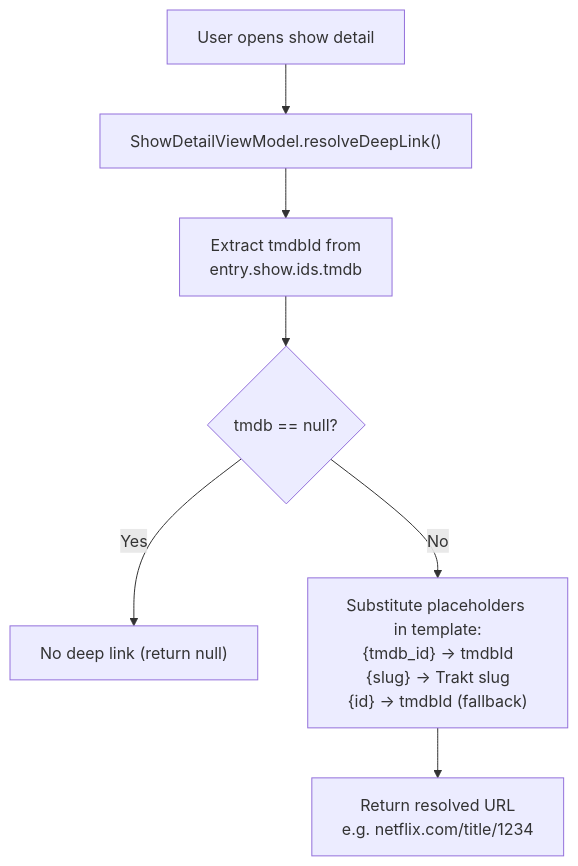
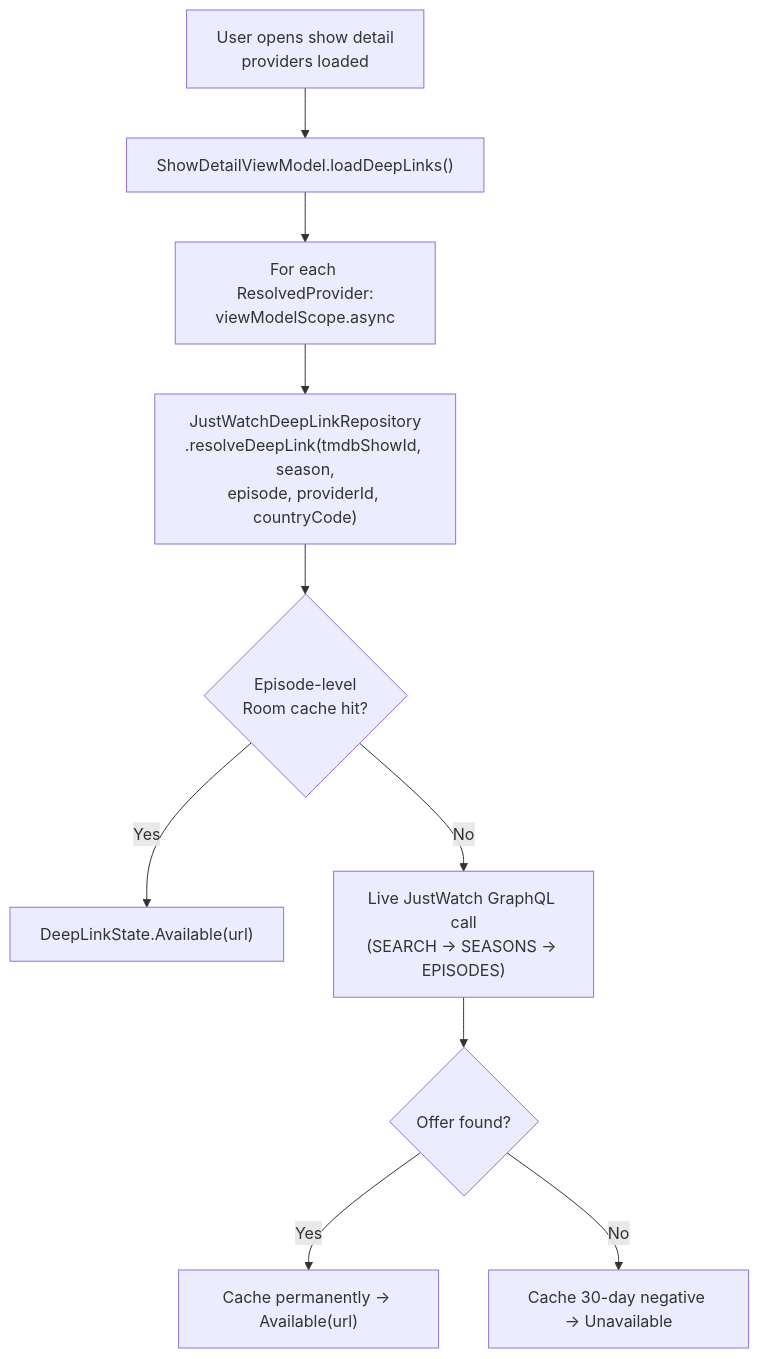
One commit to justb81/watchbuddy changed the second of 6 diagrams in docs/tmdb-integration.md. Above: the diagram before and after it, drawn with Mermaid. The commit also changed other lines of this file and 3 other files, not shown here.

First line of the commit message:
docs: correct documentation discrepancies found in architecture review

````diff
--- a/docs/tmdb-integration.md
+++ b/docs/tmdb-integration.md
@@ -171,9 +173,12 @@
 ```mermaid
 flowchart TD
-    A["User opens show detail"] --> B["ShowDetailViewModel.resolveDeepLink()"]
-    B --> C["Extract tmdbId from\nentry.show.ids.tmdb"]
-    C --> D{"tmdb == null?"}
-    D -->|Yes| E["No deep link (return null)"]
-    D -->|No| F["Substitute placeholders in template:\n{tmdb_id} → tmdbId\n{slug} → Trakt slug\n{id} → tmdbId (fallback)"]
-    F --> G["Return resolved URL\ne.g. netflix.com/title/1234"]
+    A["User opens show detail\nproviders loaded"] --> B["ShowDetailViewModel.loadDeepLinks()"]
+    B --> C["For each ResolvedProvider:\nviewModelScope.async"]
+    C --> D["JustWatchDeepLinkRepository\n.resolveDeepLink(tmdbShowId, season,\nepisode, providerId, countryCode)"]
+    D --> E{"Episode-level\nRoom cache hit?"}
+    E -->|Yes| F["DeepLinkState.Available(url)"]
+    E -->|No| G["Live JustWatch GraphQL call\n(SEARCH → SEASONS → EPISODES)"]
+    G --> H{"Offer found?"}
+    H -->|Yes| I["Cache permanently → Available(url)"]
+    H -->|No| J["Cache 30-day negative → Unavailable"]
 ```
````
